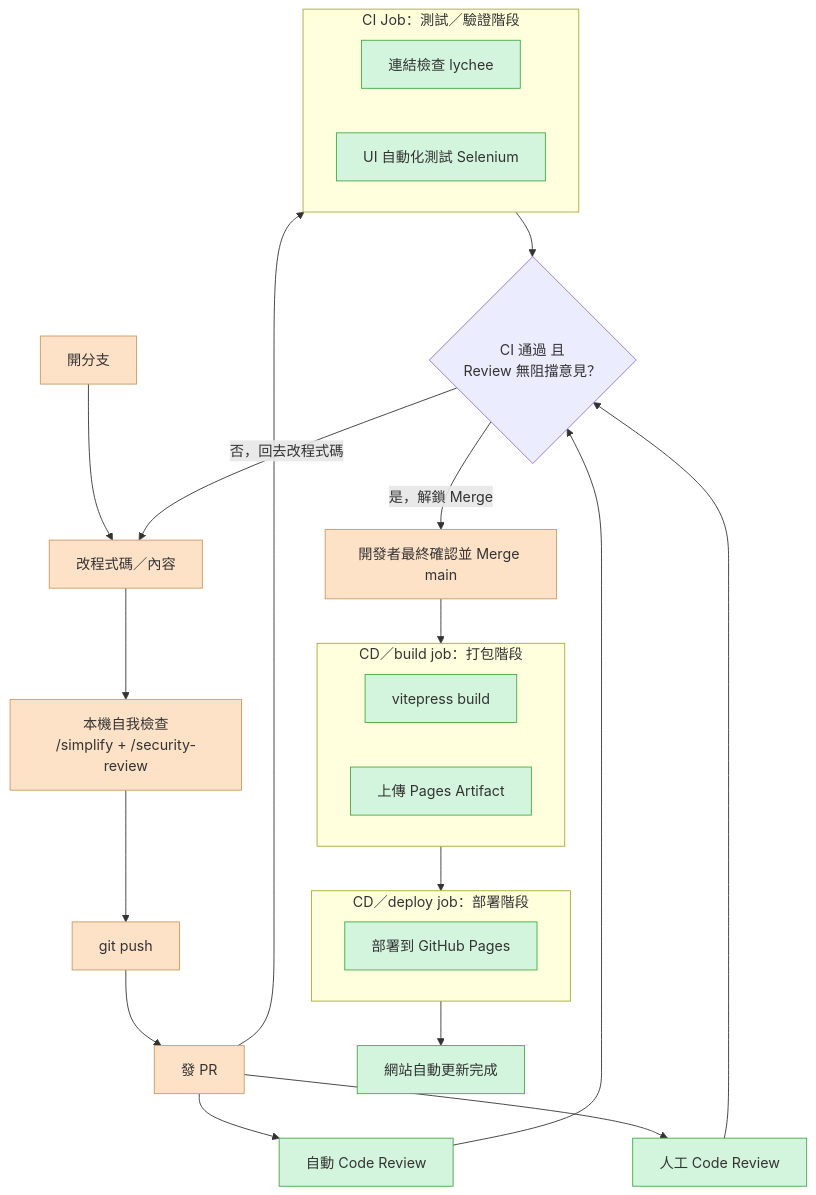
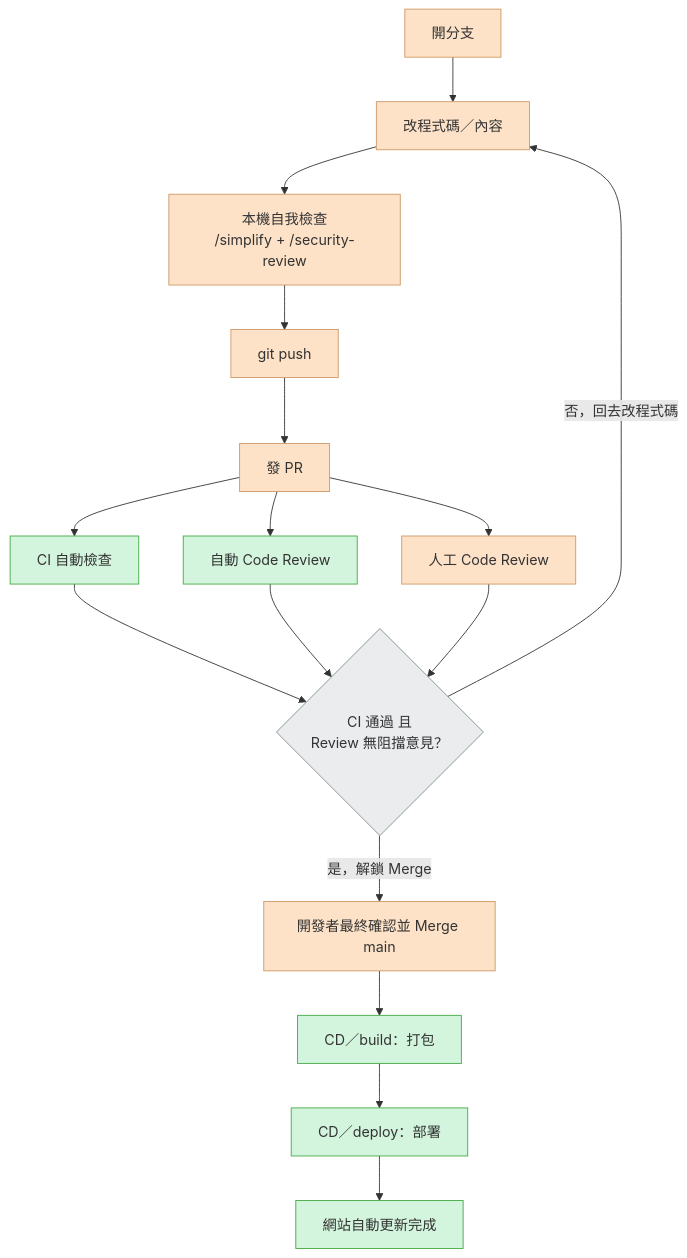
Before and after one commit to Study2Strong/Launch-Your-Vibe-Coding-Product: the diagram in docs/index.md, drawn with Mermaid. The commit also changed other lines of this file, not shown here.

Commit message:
docs: simplify the teaching page flowchart
Compared against the original WORKFLOW.md this was adapted from (14
flat nodes, no subgraphs), the diagram had grown into 15+ nodes
wrapped in three subgraph boxes -- exposing every job-internal step
(lychee, Selenium, vitepress build, artifact upload, deploy) turned it
into an architecture diagram instead of a process diagram.

Collapsed CI back to a single node and CD back to two nodes
(build/deploy -- the one deliberate change from the original's single
deploy node), dropped the subgraphs, and moved the step-level detail
into the caption text below the diagram instead of into boxes.

````diff
--- a/docs/index.md
+++ b/docs/index.md
@@ -33,38 +33,25 @@
 ```mermaid
 flowchart TD
-    A[開分支] --> B[改程式碼／內容]
-    B --> C["本機自我檢查<br/>/simplify + /security-review"]
-    C --> D[git push]
-    D --> E[發 PR]
+    A[開分支]:::manual --> B[改程式碼／內容]:::manual
+    B --> C["本機自我檢查<br/>/simplify + /security-review"]:::manual
+    C --> D[git push]:::manual
+    D --> E[發 PR]:::manual
 
-    subgraph CI["CI Job：測試／驗證階段"]
-        F1[連結檢查 lychee]
-        F2["UI 自動化測試 Selenium"]
-    end
+    E --> F[CI 自動檢查]:::auto
+    E --> G[自動 Code Review]:::auto
+    E --> H[人工 Code Review]:::manual
 
-    E --> CI
-    E --> G[自動 Code Review]
-    E --> H[人工 Code Review]
-
-    CI --> I{"CI 通過 且<br/>Review 無阻擋意見？"}
+    F --> I{"CI 通過 且<br/>Review 無阻擋意見？"}:::decision
     G --> I
     H --> I
     I -- 否，回去改程式碼 --> B
-    I -- 是，解鎖 Merge --> J[開發者最終確認並 Merge main]
+    I -- 是，解鎖 Merge --> J[開發者最終確認並 Merge main]:::manual
 
-    subgraph CDBuild["CD／build job：打包階段"]
-        K1[vitepress build]
-        K2[上傳 Pages Artifact]
-    end
-    subgraph CDDeploy["CD／deploy job：部署階段"]
-        K3[部署到 GitHub Pages]
-    end
-
-    J --> CDBuild --> CDDeploy
-    CDDeploy --> L[網站自動更新完成]
+    J --> K[CD／build：打包]:::auto
+    K --> L[CD／deploy：部署]:::auto
+    L --> M[網站自動更新完成]:::auto
 
     classDef manual fill:#fde2c8,stroke:#c96,color:#333;
     classDef auto fill:#d3f4dd,stroke:#4a4,color:#333;
-    class A,B,C,D,E,J manual
-    class F1,F2,G,H,K1,K2,K3,L auto
+    classDef decision fill:#eaecee,stroke:#7f8c8d,color:#333;
 ```
````
